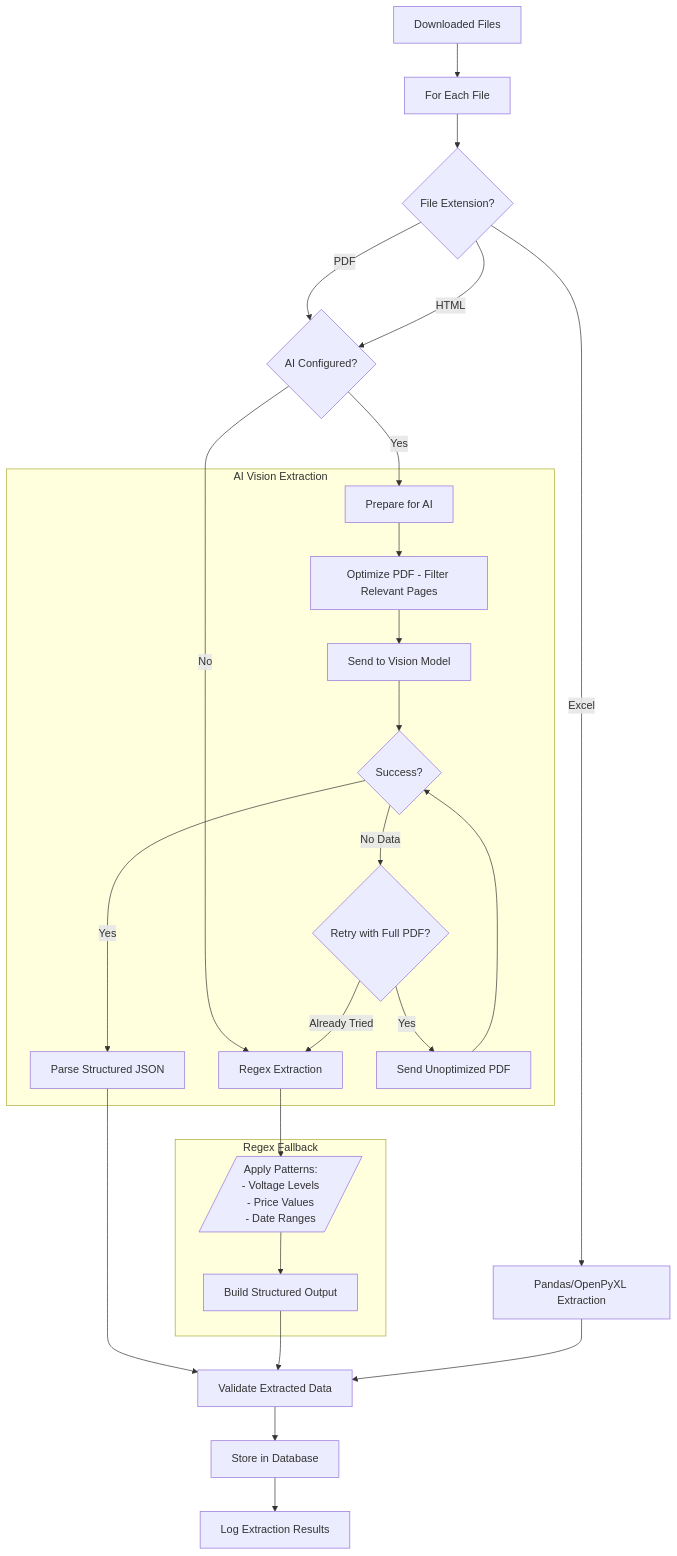
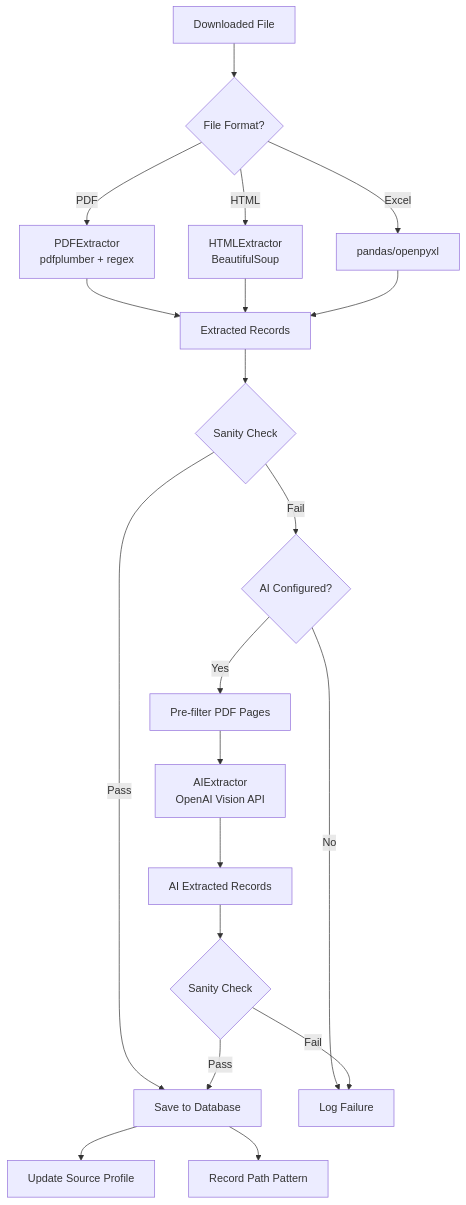
The seventh of 10 diagrams in backend/docs/FLOWCHART.md (KyleDerZweite/dno-crawler), drawn with Mermaid before and after one commit. The commit also changed other lines of this file and 6 other files, not shown here.

````diff
--- a/backend/docs/FLOWCHART.md
+++ b/backend/docs/FLOWCHART.md
@@ -263,39 +239,30 @@
 ```mermaid
 flowchart TD
-    FILES[Downloaded Files] --> LOOP[For Each File]
+    FILE[Downloaded File] --> FORMAT{File Format?}
     
-    LOOP --> EXT{File Extension?}
+    FORMAT --> |"PDF"| PDF[PDFExtractor<br/>pdfplumber + regex]
+    FORMAT --> |"HTML"| HTML[HTMLExtractor<br/>BeautifulSoup]
+    FORMAT --> |"Excel"| EXCEL[pandas/openpyxl]
     
-    EXT --> |"PDF"| AI_CHECK{AI Configured?}
-    EXT --> |"HTML"| AI_CHECK
-    EXT --> |"Excel"| EXCEL[Pandas/OpenPyXL Extraction]
+    PDF --> DATA[Extracted Records]
+    HTML --> DATA
+    EXCEL --> DATA
     
-    AI_CHECK --> |"Yes"| AI_PREP[Prepare for AI]
-    AI_CHECK --> |"No"| REGEX[Regex Extraction]
+    DATA --> SANITY{Sanity Check}
     
-    subgraph AI_Flow["AI Vision Extraction"]
-        AI_PREP --> OPTIMIZE[Optimize PDF - Filter Relevant Pages]
-        OPTIMIZE --> SEND[Send to Vision Model]
-        SEND --> AI_RESULT{Success?}
-        AI_RESULT --> |"Yes"| PARSE_JSON[Parse Structured JSON]
-        AI_RESULT --> |"No Data"| RETRY{Retry with Full PDF?}
-        RETRY --> |"Yes"| SEND_FULL[Send Unoptimized PDF]
-        RETRY --> |"Already Tried"| REGEX
-        SEND_FULL --> AI_RESULT
-    end
+    SANITY --> |"Pass"| SAVE[Save to Database]
+    SANITY --> |"Fail"| AI_CHECK{AI Configured?}
     
-    subgraph Regex_Flow["Regex Fallback"]
-        REGEX --> PATTERNS[/"Apply Patterns:
-        - Voltage Levels
-        - Price Values
-        - Date Ranges"/]
-        PATTERNS --> STRUCTURED[Build Structured Output]
-    end
+    AI_CHECK --> |"No"| LOG_FAIL[Log Failure]
+    AI_CHECK --> |"Yes"| OPTIMIZE[Pre-filter PDF Pages]
     
-    PARSE_JSON --> VALIDATE[Validate Extracted Data]
-    STRUCTURED --> VALIDATE
-    EXCEL --> VALIDATE
+    OPTIMIZE --> AI[AIExtractor<br/>OpenAI Vision API]
+    AI --> AI_DATA[AI Extracted Records]
+    AI_DATA --> AI_SANITY{Sanity Check}
     
-    VALIDATE --> STORE[Store in Database]
-    STORE --> LOG[Log Extraction Results]
+    AI_SANITY --> |"Pass"| SAVE
+    AI_SANITY --> |"Fail"| LOG_FAIL
+    
+    SAVE --> PROFILE[Update Source Profile]
+    SAVE --> PATTERN[Record Path Pattern]
 ```
````
